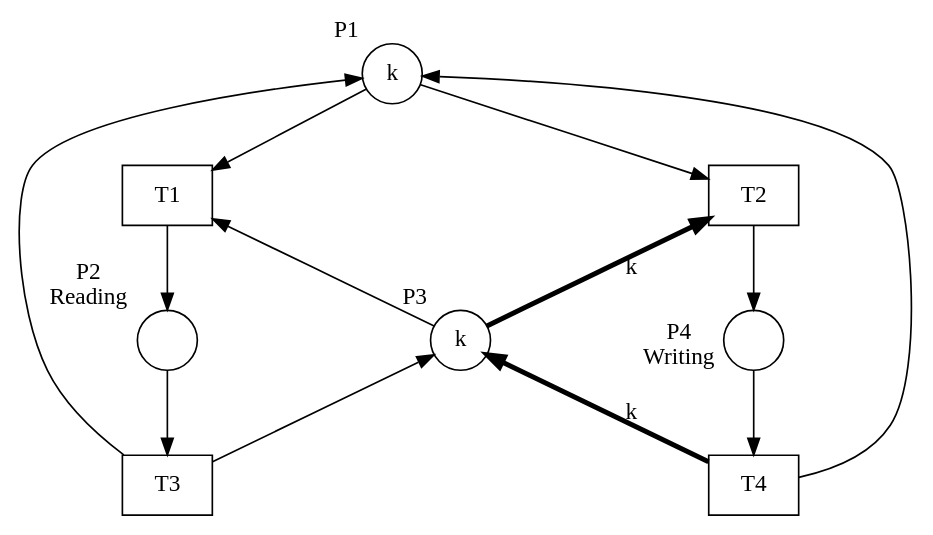
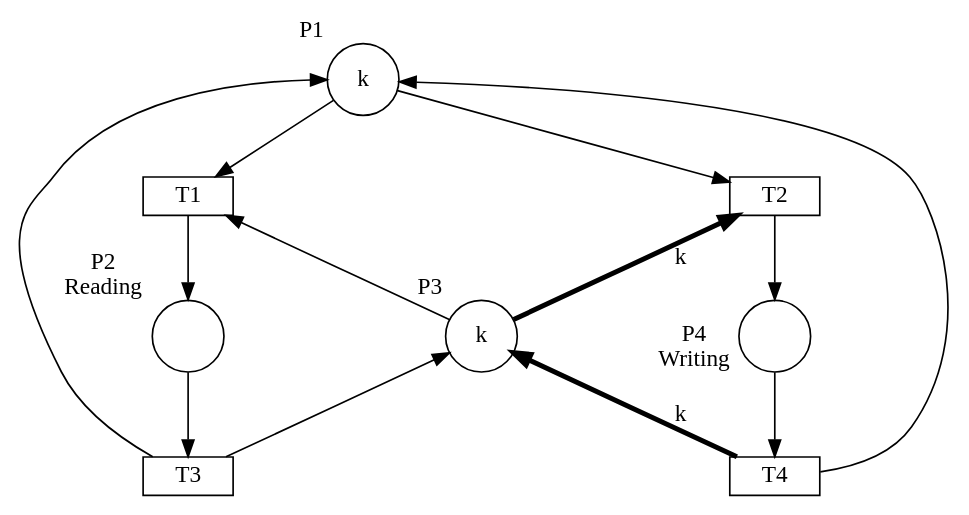
One commit to hlisdero/thesis changed the diagram in dot/readers-writers-example.dot. Above: the diagram before and after it, drawn with Graphviz. The commit also changed 9 other files, not shown here.

First line of the commit message:
Unify the look of the remaining diagrams for the Petri net modelling example. Convert to SVG.

```diff
--- a/dot/readers-writers-example.dot
+++ b/dot/readers-writers-example.dot
@@ -1,32 +1,32 @@
 digraph readers_writers {
     nodesep=1.5;
-    P1 [shape="circle" xlabel="P1" label="k"];
-    P2 [shape="circle" xlabel="P2\nReading" label=""];
-    P3 [shape="circle" xlabel="P3" label="k"];
-    P4 [shape="circle" xlabel="P4\nWriting" label=""];
+    P1 [width=0.6 shape="circle" xlabel="P1" label="k"];
+    P2 [width=0.6 shape="circle" xlabel="P2\nReading" label=""];
+    P3 [width=0.6 shape="circle" xlabel="P3" label="k"];
+    P4 [width=0.6 shape="circle" xlabel="P4\nWriting" label=""];
     
-    T1 [shape="box" xlabel="" label="T1"];
-    T2 [shape="box" xlabel="" label="T2"];
-    T3 [shape="box" xlabel="" label="T3"];
-    T4 [shape="box" xlabel="" label="T4"];
+    T1 [height=0.1 shape="box" xlabel="" label="T1"];
+    T2 [height=0.1 shape="box" xlabel="" label="T2"];
+    T3 [height=0.1 shape="box" xlabel="" label="T3"];
+    T4 [height=0.1 shape="box" xlabel="" label="T4"];
 
     // Writing loop
     P1 -> T2;
     T2 -> P4 -> T4 [weight=10];
     T4 -> P1 [weight=0.05];
     // Reading loop
     P1 -> T1;
     T1 -> P2 -> T3 [weight=10];
     T3 -> P1 [weight=0.05];
     // Mutual exclusion
     P3 -> T1;
     P3 -> T2 [label="k" penwidth=3.0];
     T3 -> P3;
     T4 -> P3 [label="k" penwidth=3.0];
     
     // Order the nodes in 4 different levels
     {rank = min; P1;}    
     {rank = same; T1; T2;}
     {rank = same; P4; P2; P3;}
     {rank = same; T4; T3;}
 }
```
